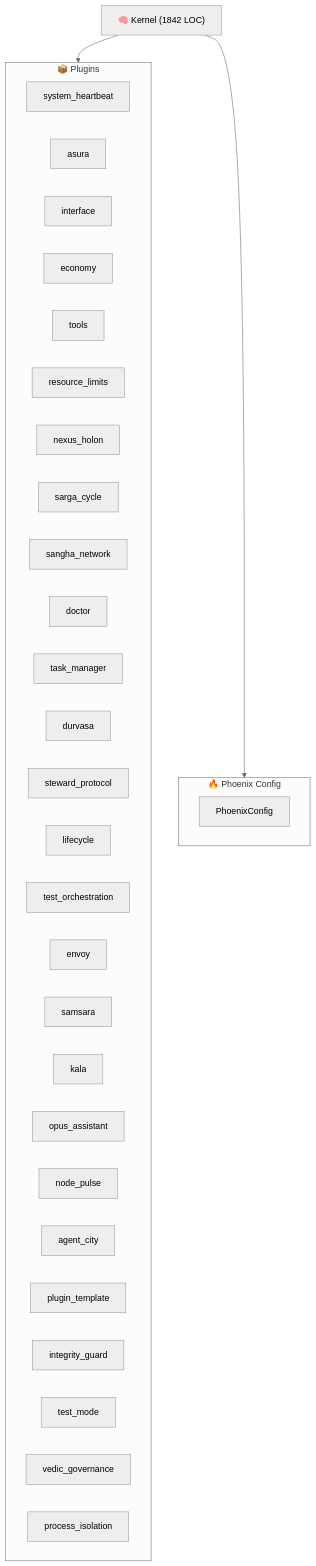
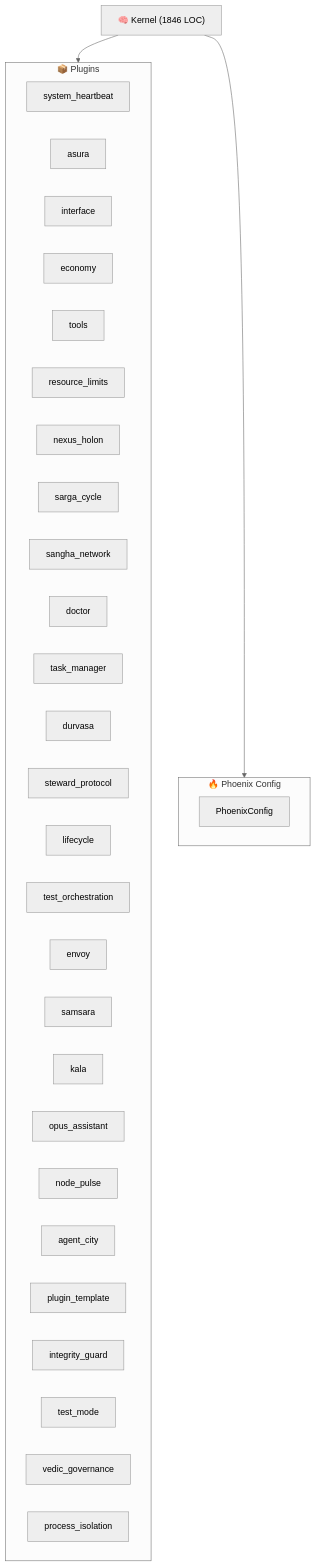
Before and after one commit to kimeisele/steward-protocol: the diagram in ARCHITECTURE.md, drawn with Mermaid (neutral theme). The commit also changed other lines of this file and 16 other files, not shown here.

````diff
--- a/ARCHITECTURE.md
+++ b/ARCHITECTURE.md
@@ -8,37 +8,37 @@
 ```mermaid
 graph TB
-    K["🧠 Kernel (1842 LOC)"]
+    K["🧠 Kernel (1846 LOC)"]
     subgraph Plugins["📦 Plugins"]
         P_system_heartbeat["system_heartbeat"]
         P_asura["asura"]
         P_interface["interface"]
         P_economy["economy"]
         P_tools["tools"]
         P_resource_limits["resource_limits"]
         P_nexus_holon["nexus_holon"]
         P_sarga_cycle["sarga_cycle"]
         P_sangha_network["sangha_network"]
         P_doctor["doctor"]
         P_task_manager["task_manager"]
         P_durvasa["durvasa"]
         P_steward_protocol["steward_protocol"]
         P_lifecycle["lifecycle"]
         P_test_orchestration["test_orchestration"]
         P_envoy["envoy"]
         P_samsara["samsara"]
         P_kala["kala"]
         P_opus_assistant["opus_assistant"]
         P_node_pulse["node_pulse"]
         P_agent_city["agent_city"]
         P_plugin_template["plugin_template"]
         P_integrity_guard["integrity_guard"]
         P_test_mode["test_mode"]
         P_vedic_governance["vedic_governance"]
         P_process_isolation["process_isolation"]
     end
     K --> Plugins
     subgraph Config["🔥 Phoenix Config"]
         PC[PhoenixConfig]
     end
     K --> Config
 ```
````
